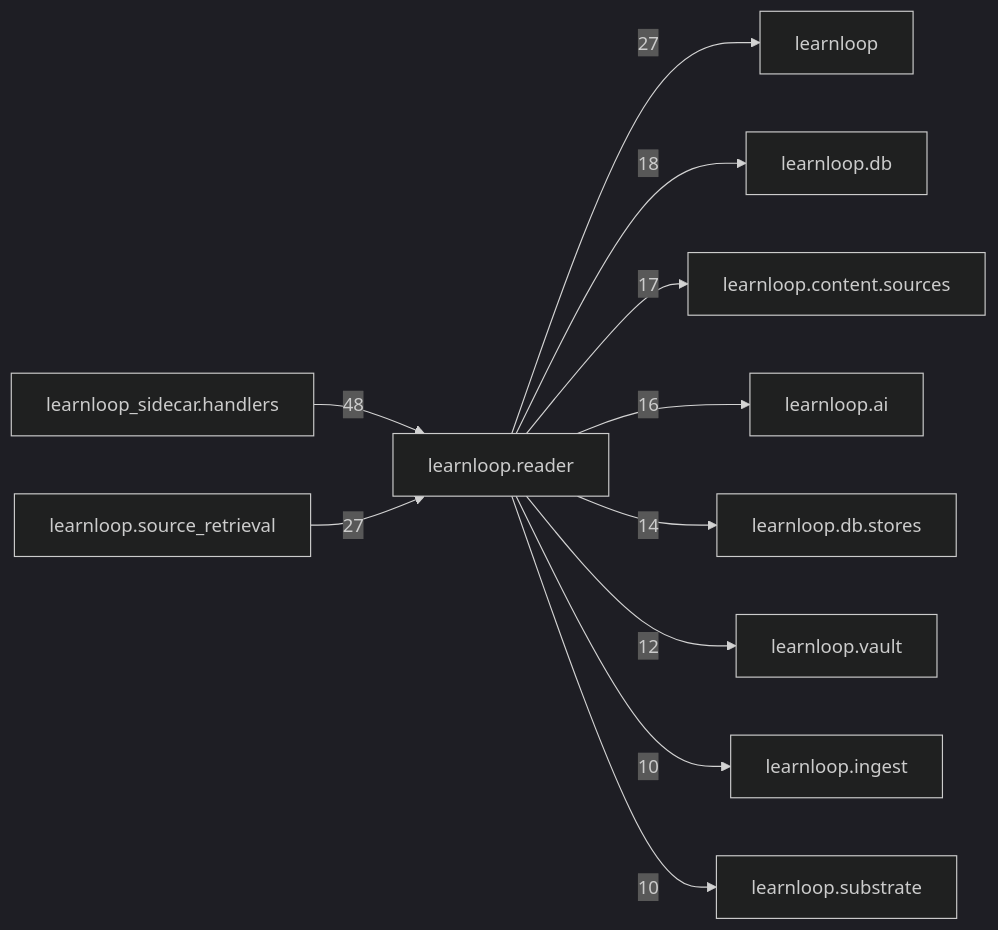
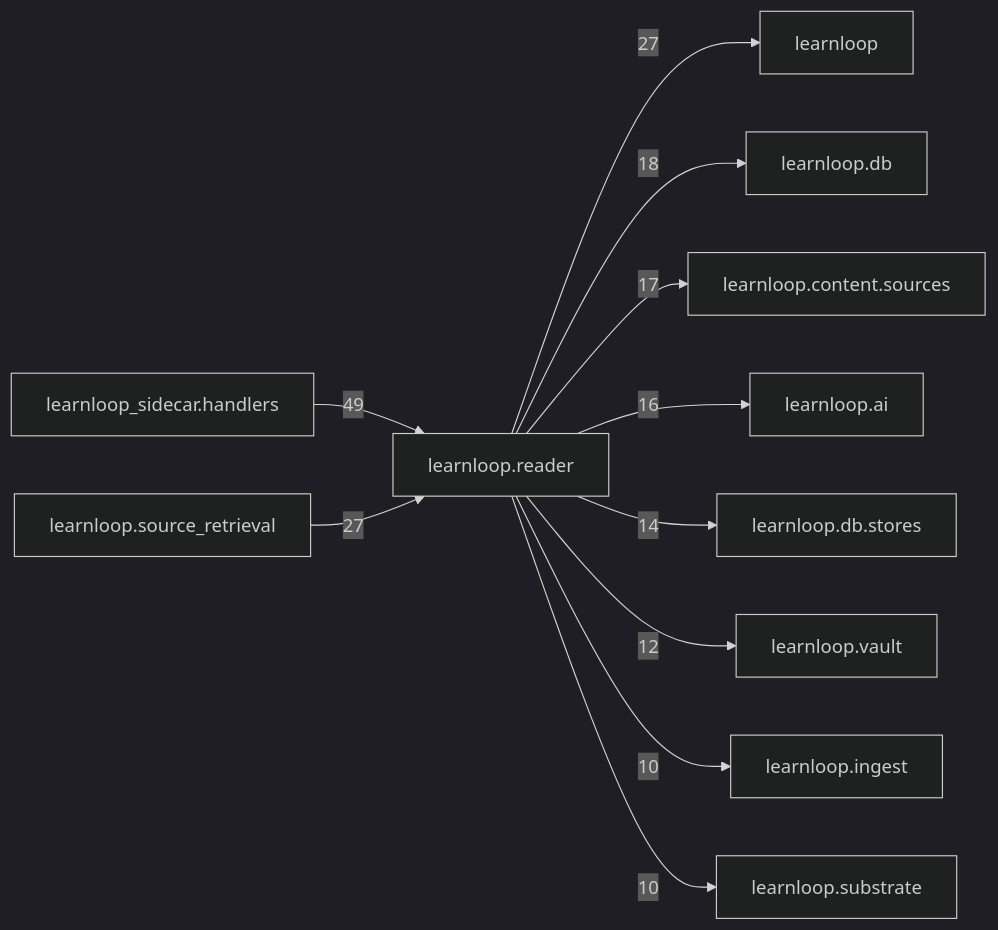
Before and after one commit to 6up-b/learnanything: the diagram in docs/learnloop-architecture-vault/Reference/Modules/learnloop/reader/_package.md, drawn with Mermaid (dark theme). The commit also changed other lines of this file and 44 other files, not shown here.

````diff
--- a/docs/learnloop-architecture-vault/Reference/Modules/learnloop/reader/_package.md
+++ b/docs/learnloop-architecture-vault/Reference/Modules/learnloop/reader/_package.md
@@ -150,24 +150,24 @@
 ```mermaid
 flowchart LR
     center["learnloop.reader"]
     n_learnloop_sidecar_handlers["learnloop_sidecar.handlers"]
     n_learnloop["learnloop"]
     n_learnloop_source_retrieval["learnloop.source_retrieval"]
     n_learnloop_db["learnloop.db"]
     n_learnloop_content_sources["learnloop.content.sources"]
     n_learnloop_ai["learnloop.ai"]
     n_learnloop_db_stores["learnloop.db.stores"]
     n_learnloop_vault["learnloop.vault"]
     n_learnloop_ingest["learnloop.ingest"]
     n_learnloop_substrate["learnloop.substrate"]
-    n_learnloop_sidecar_handlers -->|48| center
+    n_learnloop_sidecar_handlers -->|49| center
     center -->|27| n_learnloop
     n_learnloop_source_retrieval -->|27| center
     center -->|18| n_learnloop_db
     center -->|17| n_learnloop_content_sources
     center -->|16| n_learnloop_ai
     center -->|14| n_learnloop_db_stores
     center -->|12| n_learnloop_vault
     center -->|10| n_learnloop_ingest
     center -->|10| n_learnloop_substrate
 ```
````
